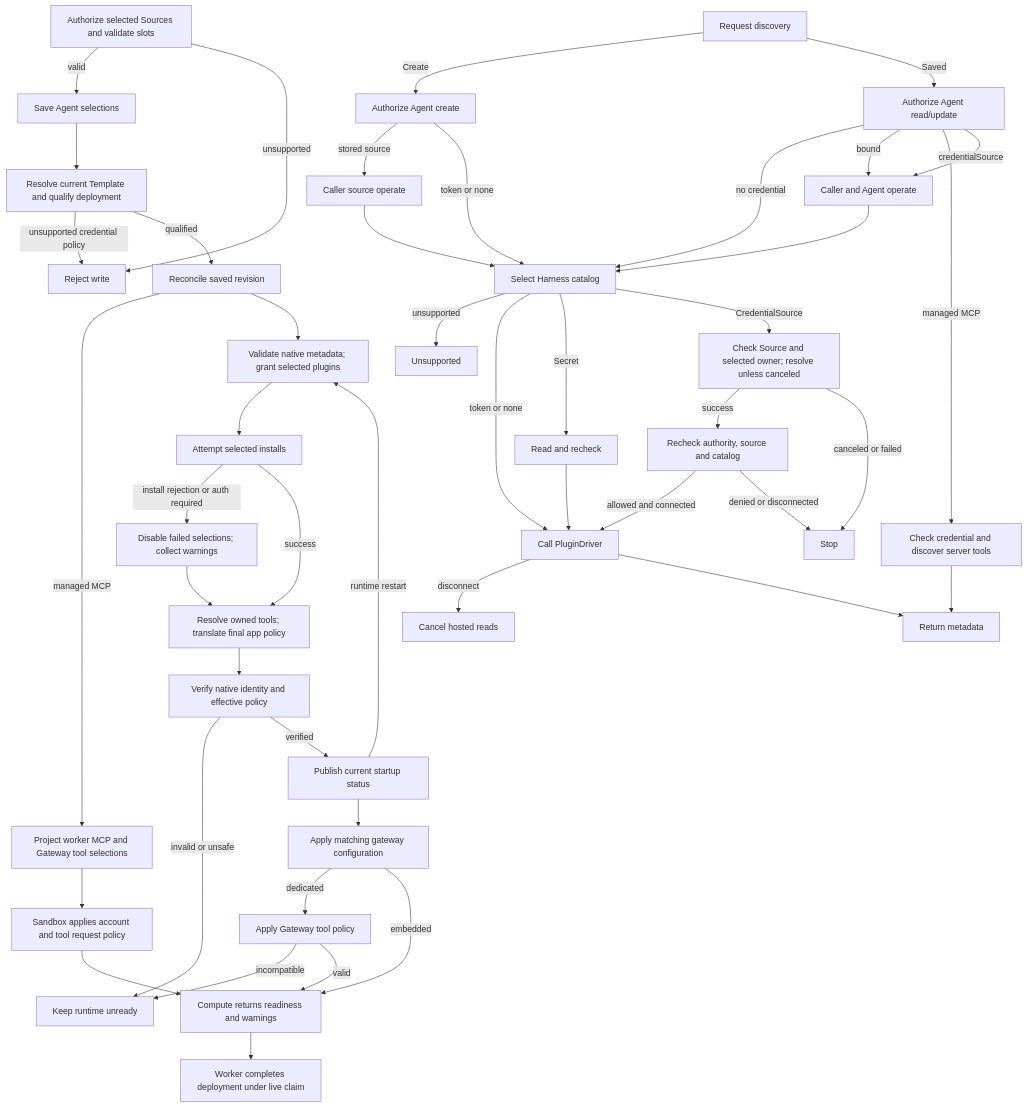
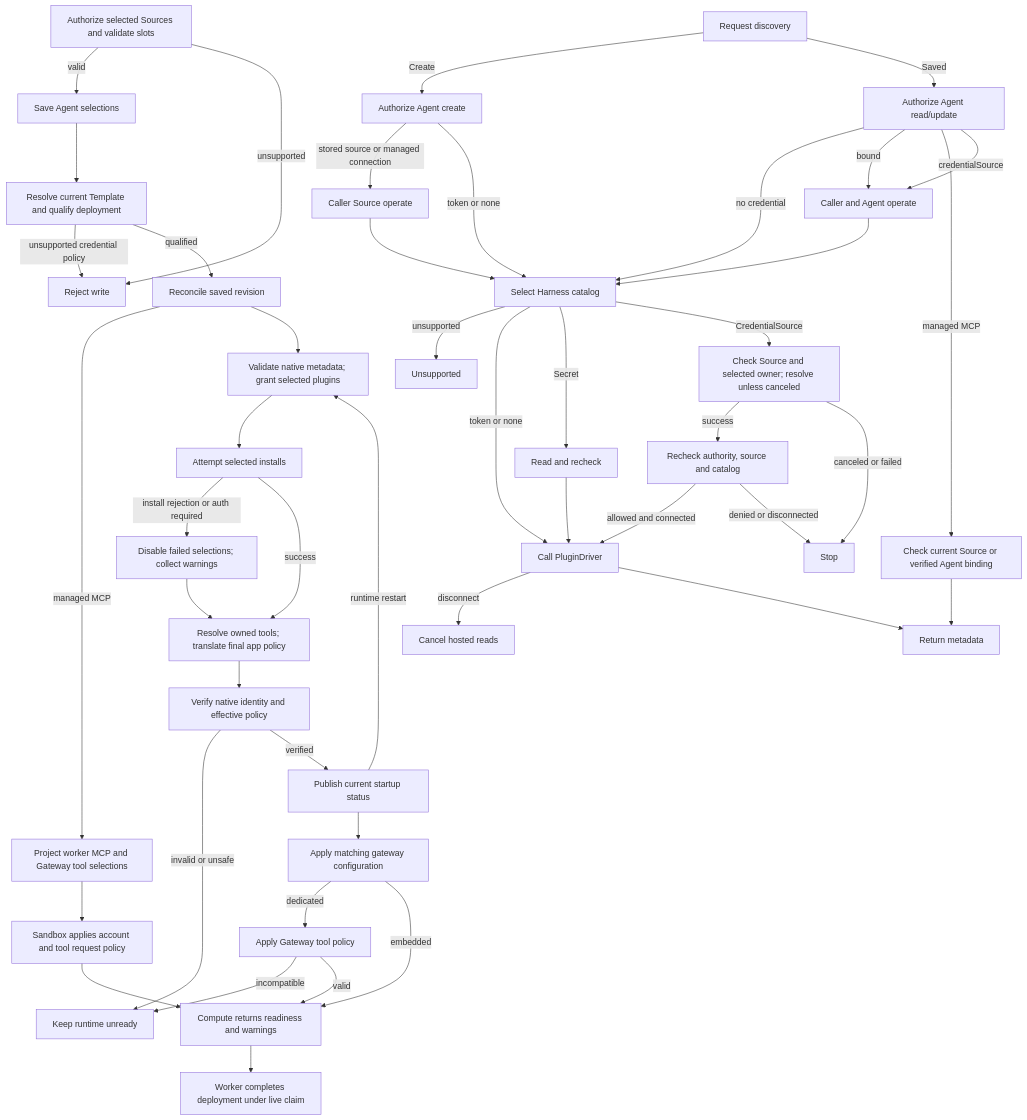
Before and after one commit to openclaw/openclaw-enterprise: the diagram in docs/flows/agent-plugins.md, drawn with Mermaid. The commit also changed other lines of this file and 45 other files, not shown here.

Commit message:
Connect managed Plugin credentials through authorized Source consent

````diff
--- a/docs/flows/agent-plugins.md
+++ b/docs/flows/agent-plugins.md
@@ -25,44 +25,44 @@
 ```mermaid
 graph TD
   D0["Request discovery"] -->|Create| D1["Authorize Agent create"]
   D0 -->|Saved| E0["Authorize Agent read/update"]
   E0 -->|no credential| D6
   E0 -->|bound| E1["Caller and Agent operate"] --> D6
-  E0 -->|managed MCP| M0["Check credential and discover server tools"] --> D5
+  E0 -->|managed MCP| M0["Check current Source or verified Agent binding"] --> D5
   E0 -->|credentialSource| E1
-  D1 -->|stored source| D2["Caller source operate"] --> D6["Select Harness catalog"]
+  D1 -->|stored source or managed connection| D2["Caller Source operate"] --> D6["Select Harness catalog"]
   D1 -->|token or none| D6
   D6 -->|unsupported| D7["Unsupported"]
   D6 -->|token or none| D4["Call PluginDriver"]
   D6 -->|Secret| D3["Read and recheck"] --> D4
   D6 -->|CredentialSource| D9["Check Source and selected owner; resolve unless canceled"]
   D9 -->|success| D10["Recheck authority, source and catalog"]
   D10 -->|allowed and connected| D4
   D9 -->|canceled or failed| D12["Stop"]
   D10 -->|denied or disconnected| D12
   D4 -->|disconnect| D8["Cancel hosted reads"]
   D4 --> D5["Return metadata"]
   A["Authorize selected Sources and validate slots"] -->|valid| S["Save Agent selections"]
   A -->|unsupported| Y["Reject write"]
   S --> B["Resolve current Template and qualify deployment"]
   B -->|unsupported credential policy| Y
   B -->|qualified| R["Reconcile saved revision"]
   R -->|managed MCP| K["Project worker MCP and Gateway tool selections"]
   K --> L["Sandbox applies account and tool request policy"]
   L --> I
   R --> C["Validate native metadata; grant selected plugins"]
   C --> D["Attempt selected installs"]
   D -->|install rejection or auth required| E["Disable failed selections; collect warnings"]
   D -->|success| T["Resolve owned tools; translate final app policy"]
   E --> T
   T --> F["Verify native identity and effective policy"]
   F -->|invalid or unsafe| X["Keep runtime unready"]
   F -->|verified| G["Publish current startup status"]
   G --> H["Apply matching gateway configuration"]
   H -->|dedicated| P["Apply Gateway tool policy"]
   P -->|incompatible| X
   P -->|valid| I
   H -->|embedded| I["Compute returns readiness and warnings"]
   I --> J["Worker completes deployment under live claim"]
   G -->|runtime restart| C
 ```
````
